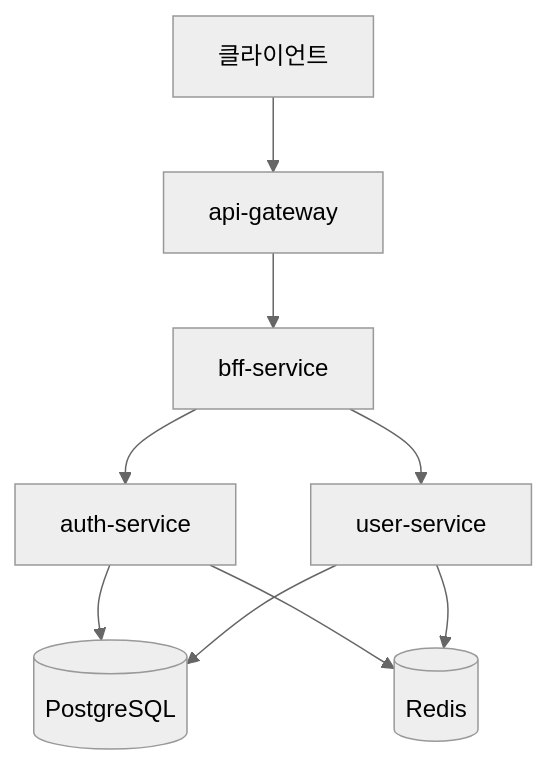
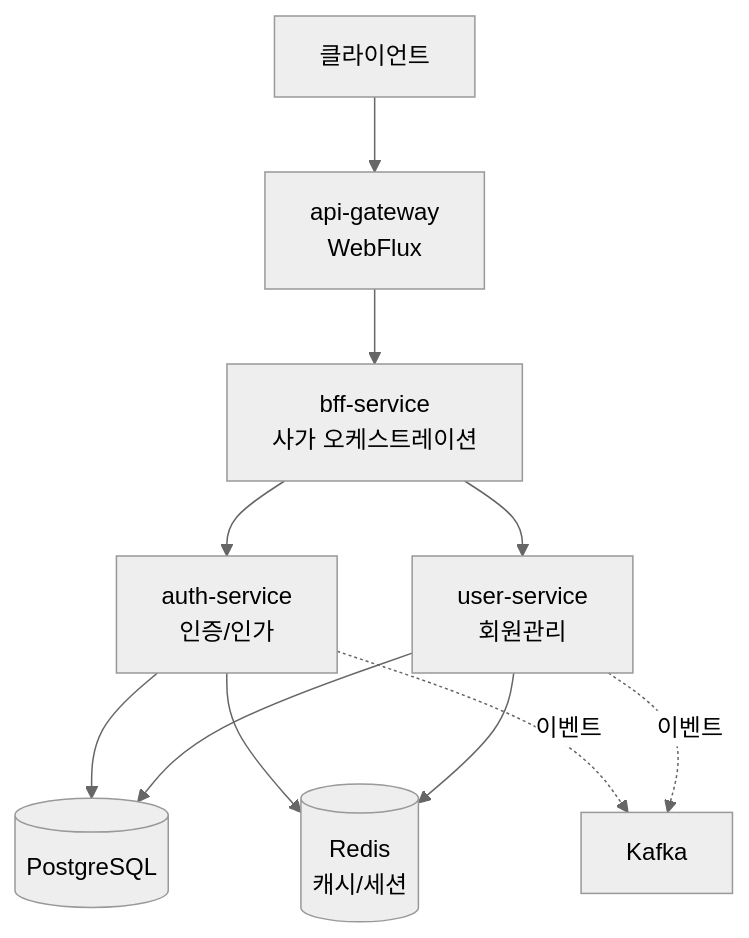
The diagram in README.md (LiamKim-DaeYong/nextmall), drawn with Mermaid (neutral theme) before and after one commit. The commit also changed other lines of this file and 50 other files, not shown here.

````diff
--- a/README.md
+++ b/README.md
@@ -32,11 +133,13 @@
 ```mermaid
 flowchart TD
-    Client[클라이언트] --> Gateway[api-gateway]
-    Gateway --> BFF[bff-service]
-    BFF --> Auth[auth-service]
-    BFF --> User[user-service]
+    Client[클라이언트] --> Gateway[api-gateway<br/>WebFlux]
+    Gateway --> BFF[bff-service<br/>사가 오케스트레이션]
+    BFF --> Auth[auth-service<br/>인증/인가]
+    BFF --> User[user-service<br/>회원관리]
     Auth --> DB[(PostgreSQL)]
     User --> DB
-    Auth --> Redis[(Redis)]
+    Auth --> Redis[(Redis<br/>캐시/세션)]
     User --> Redis
+    Auth -.이벤트.-> Kafka[Kafka]
+    User -.이벤트.-> Kafka
 ```
````
